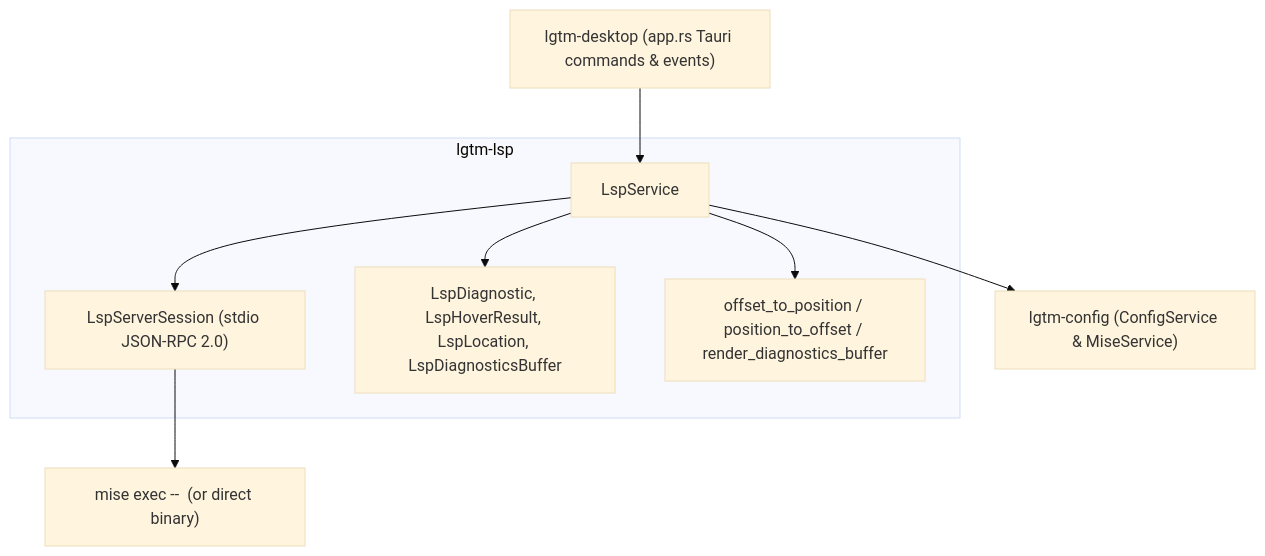
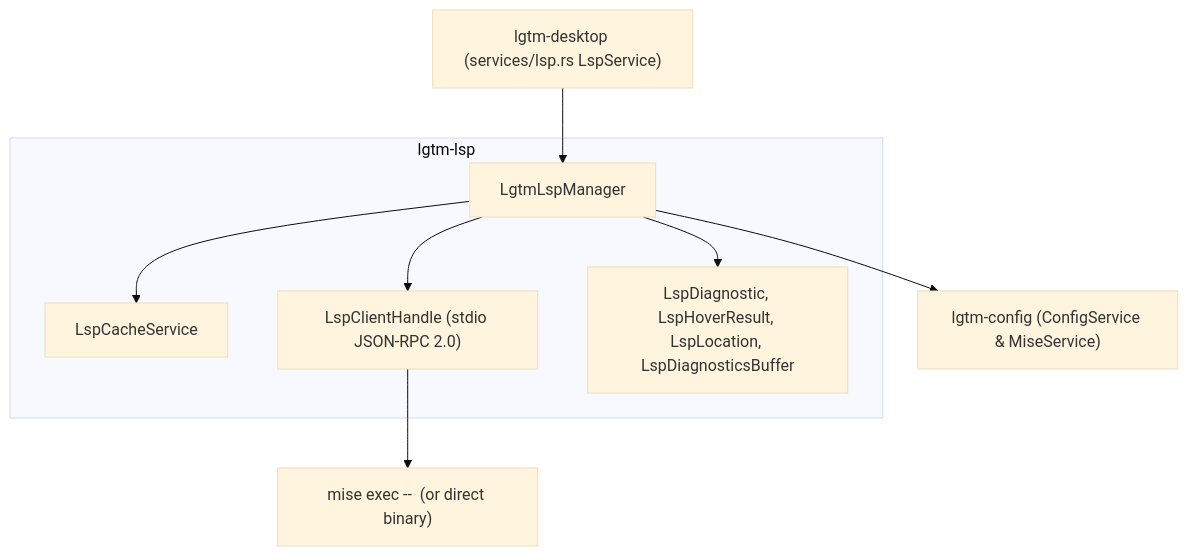
Before and after one commit to difflab-io/lgtm: the first of 2 diagrams in docs/architecture/lsp/index.md, drawn with Mermaid (base theme). The commit also changed other lines of this file and 33 other files, not shown here.

Commit message:
refactor(lsp): split LgtmLspManager, LspCacheService, desktop LspService, and portable ThemeService

````diff
--- a/docs/architecture/lsp/index.md
+++ b/docs/architecture/lsp/index.md
@@ -50,17 +50,17 @@
 ```mermaid
 flowchart TB
-    DESKTOP["lgtm-desktop (app.rs Tauri commands & events)"]
+    DESKTOP["lgtm-desktop (services/lsp.rs LspService)"]
     subgraph Library["lgtm-lsp"]
-        SVC["LspService"]
-        SESSION["LspServerSession (stdio JSON-RPC 2.0)"]
+        MGR["LgtmLspManager"]
+        CACHE["LspCacheService"]
+        HANDLE["LspClientHandle (stdio JSON-RPC 2.0)"]
         MODELS["LspDiagnostic, LspHoverResult, LspLocation, LspDiagnosticsBuffer"]
-        COORDS["offset_to_position / position_to_offset / render_diagnostics_buffer"]
-        SVC --> SESSION
-        SVC --> MODELS
-        SVC --> COORDS
+        MGR --> CACHE
+        MGR --> HANDLE
+        MGR --> MODELS
     end
     CFG["lgtm-config (ConfigService & MiseService)"]
-    DESKTOP --> SVC
-    SVC --> CFG
-    SESSION --> PROC["mise exec -- <language-server> (or direct binary)"]
+    DESKTOP --> MGR
+    MGR --> CFG
+    HANDLE --> PROC["mise exec -- <language-server> (or direct binary)"]
 ```
````
